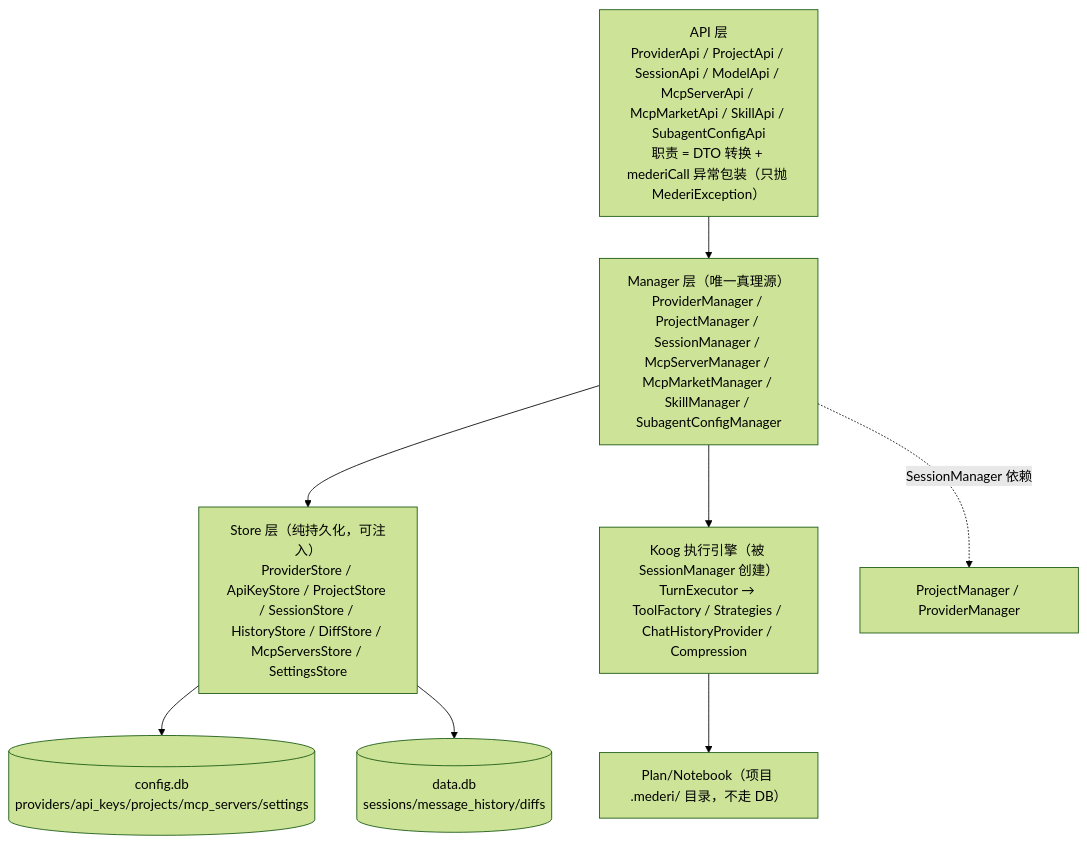
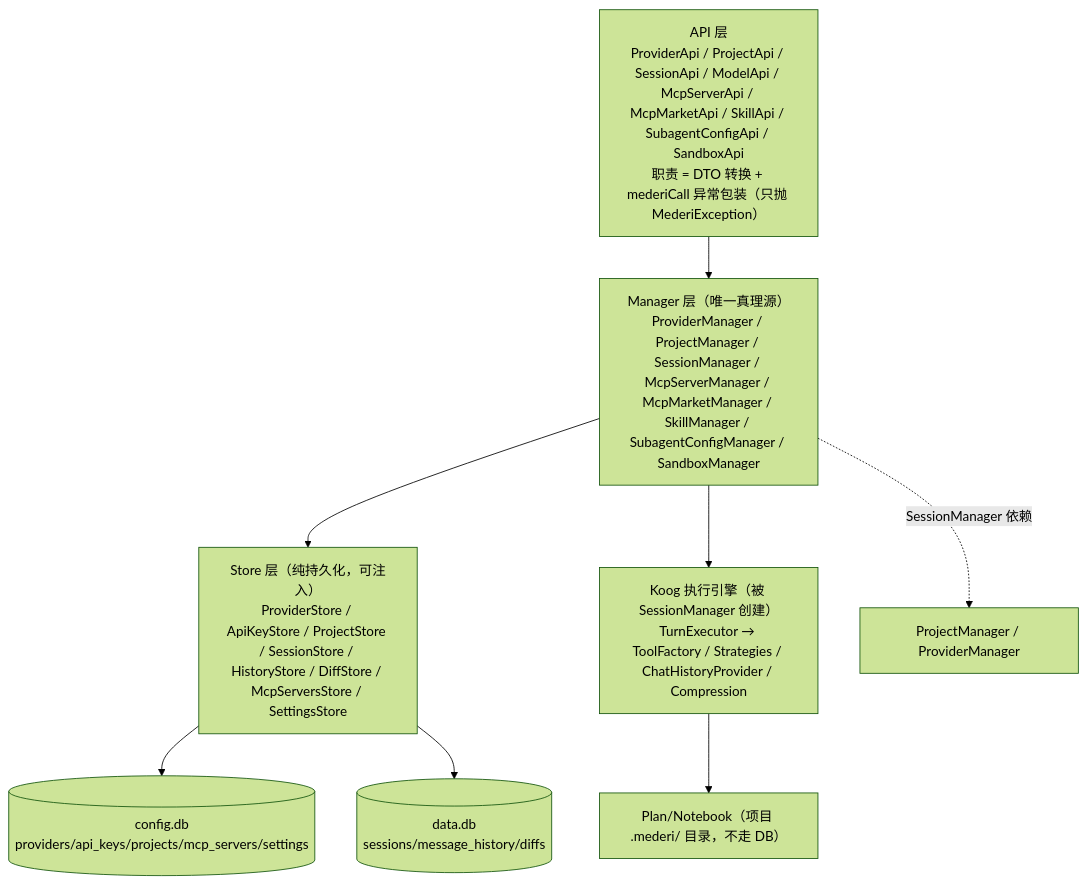
Before and after one commit to lzdev42/mederi: the second of 2 diagrams in docs/architecture/00-overview.md, drawn with Mermaid (forest theme). The commit also changed other lines of this file and 391 other files, not shown here.

````diff
--- a/docs/architecture/00-overview.md
+++ b/docs/architecture/00-overview.md
@@ -142,18 +143,18 @@
 ```mermaid
 flowchart TD
-    A["API 层<br/>ProviderApi / ProjectApi / SessionApi / ModelApi / McpServerApi / McpMarketApi / SkillApi / SubagentConfigApi<br/>职责 = DTO 转换 + mederiCall 异常包装（只抛 MederiException）"]
-    M["Manager 层（唯一真理源）<br/>ProviderManager / ProjectManager / SessionManager / McpServerManager / McpMarketManager / SkillManager / SubagentConfigManager"]
+    A["API 层<br/>ProviderApi / ProjectApi / SessionApi / ModelApi / McpServerApi / McpMarketApi / SkillApi / SubagentConfigApi / SandboxApi<br/>职责 = DTO 转换 + mederiCall 异常包装（只抛 MederiException）"]
+    M["Manager 层（唯一真理源）<br/>ProviderManager / ProjectManager / SessionManager / McpServerManager / McpMarketManager / SkillManager / SubagentConfigManager / SandboxManager"]
     S["Store 层（纯持久化，可注入）<br/>ProviderStore / ApiKeyStore / ProjectStore / SessionStore / HistoryStore / DiffStore / McpServersStore / SettingsStore"]
     T["Koog 执行引擎（被 SessionManager 创建）<br/>TurnExecutor → ToolFactory / Strategies / ChatHistoryProvider / Compression"]
     P["Plan/Notebook（项目 .mederi/ 目录，不走 DB）"]
     DB[("config.db<br/>providers/api_keys/projects/mcp_servers/settings")]
     DB2[("data.db<br/>sessions/message_history/diffs")]
 
     A --> M
     M --> S
     M -.SessionManager 依赖.-> M2["ProjectManager / ProviderManager"]
     M --> T
     T --> P
     S --> DB
     S --> DB2
 ```
````
